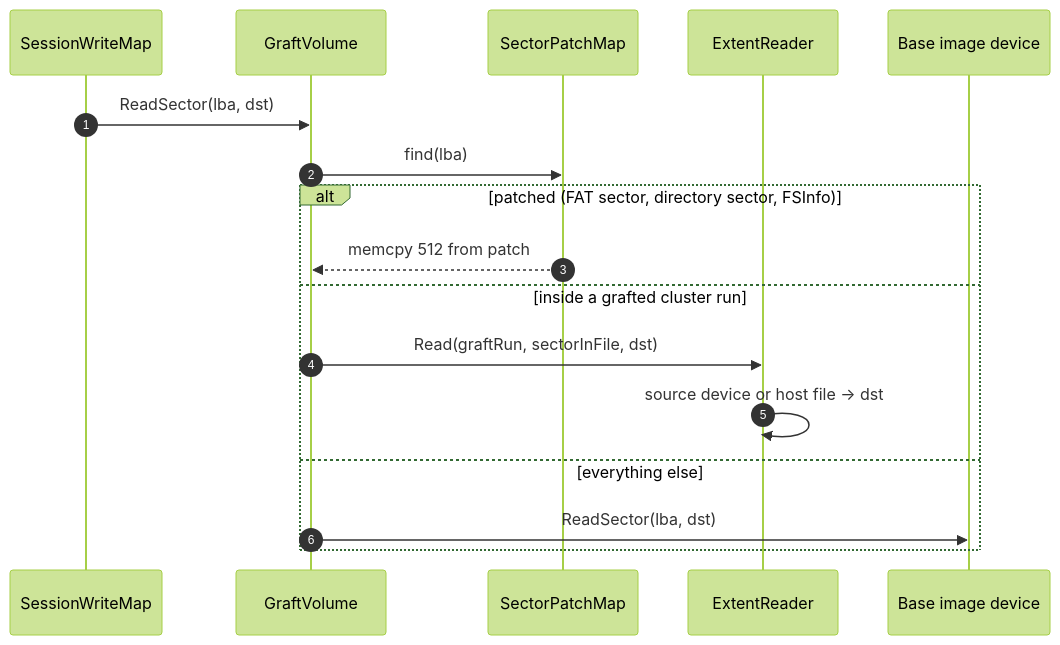
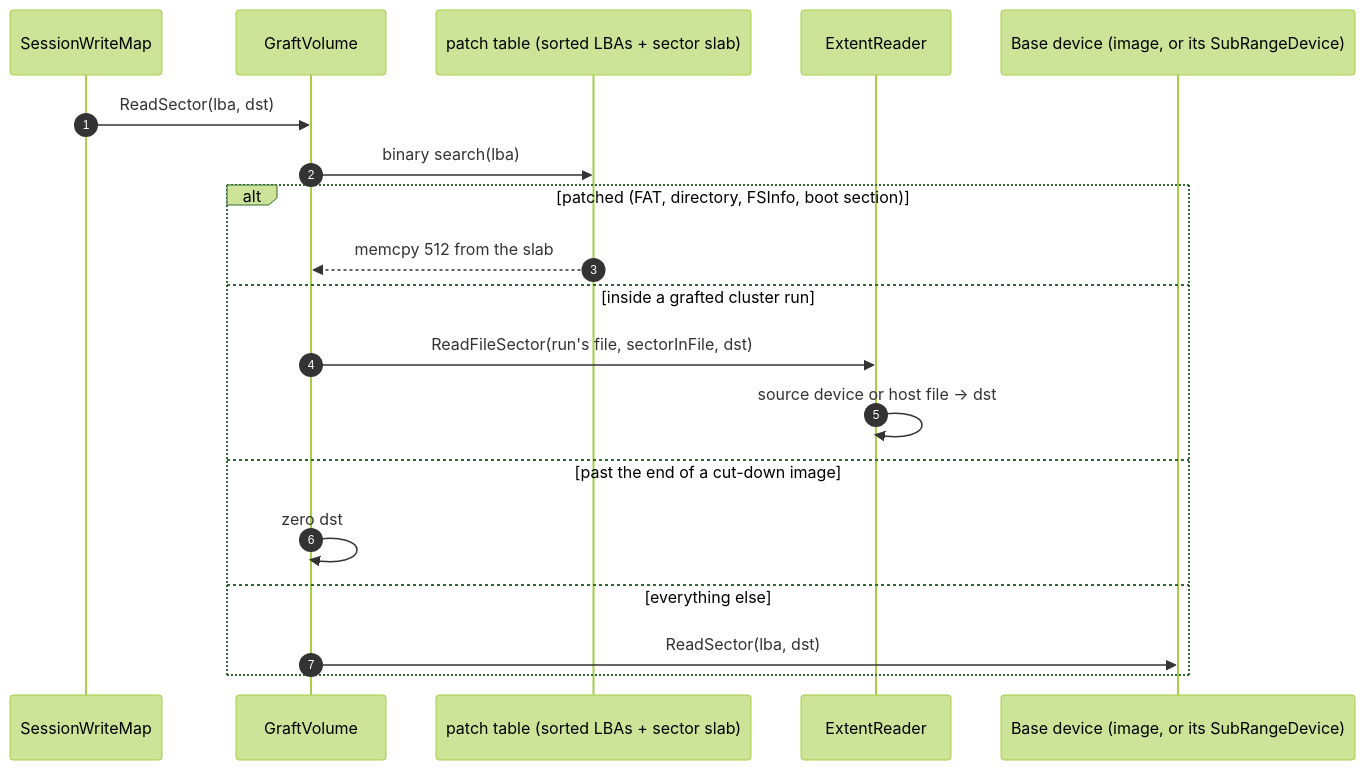
The sixth of 13 diagrams in docs/inprogress/2026-10-05-media-multisource/architecture.md (alfishe/unreal-ng), drawn with Mermaid (forest theme) before and after one commit. The commit also changed other lines of this file and 57 other files, not shown here.

````diff
--- a/docs/inprogress/2026-10-05-media-multisource/architecture.md
+++ b/docs/inprogress/2026-10-05-media-multisource/architecture.md
@@ -287,20 +436,22 @@
 ```mermaid
 sequenceDiagram
     autonumber
     participant CL as SessionWriteMap
     participant G as GraftVolume
-    participant P as SectorPatchMap
+    participant P as patch table (sorted LBAs + sector slab)
     participant X as ExtentReader
-    participant B as Base image device
+    participant B as Base device (image, or its SubRangeDevice)
 
     CL->>G: ReadSector(lba, dst)
-    G->>P: find(lba)
-    alt patched (FAT sector, directory sector, FSInfo)
-        P-->>G: memcpy 512 from patch
+    G->>P: binary search(lba)
+    alt patched (FAT, directory, FSInfo, boot section)
+        P-->>G: memcpy 512 from the slab
     else inside a grafted cluster run
-        G->>X: Read(graftRun, sectorInFile, dst)
+        G->>X: ReadFileSector(run's file, sectorInFile, dst)
         X->>X: source device or host file → dst
+    else past the end of a cut-down image
+        G->>G: zero dst
     else everything else
         G->>B: ReadSector(lba, dst)
     end
 ```
````
